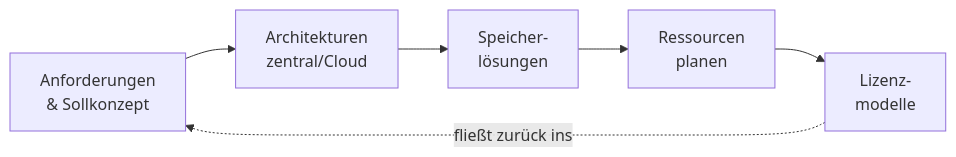
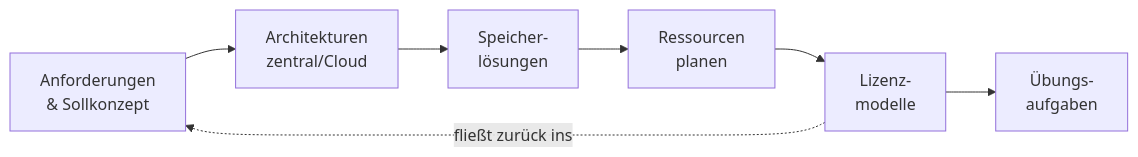
One commit to JacobMenge/kurs-unterlagen changed the diagram in docs/infrastruktur-planung/index.md. Above: the diagram before and after it, drawn with Mermaid. The commit also changed other lines of this file and 18 other files, not shown here.

````diff
--- a/docs/infrastruktur-planung/index.md
+++ b/docs/infrastruktur-planung/index.md
@@ -44,8 +43,9 @@
 ```mermaid
 flowchart LR
   A["Anforderungen<br/>& Sollkonzept"] --> B["Architekturen<br/>zentral/Cloud"]
   B --> C["Speicher-<br/>lösungen"]
   C --> D["Ressourcen<br/>planen"]
   D --> E["Lizenz-<br/>modelle"]
+  E --> F["Übungs-<br/>aufgaben"]
   E -. fließt zurück ins .-> A
 ```
````
